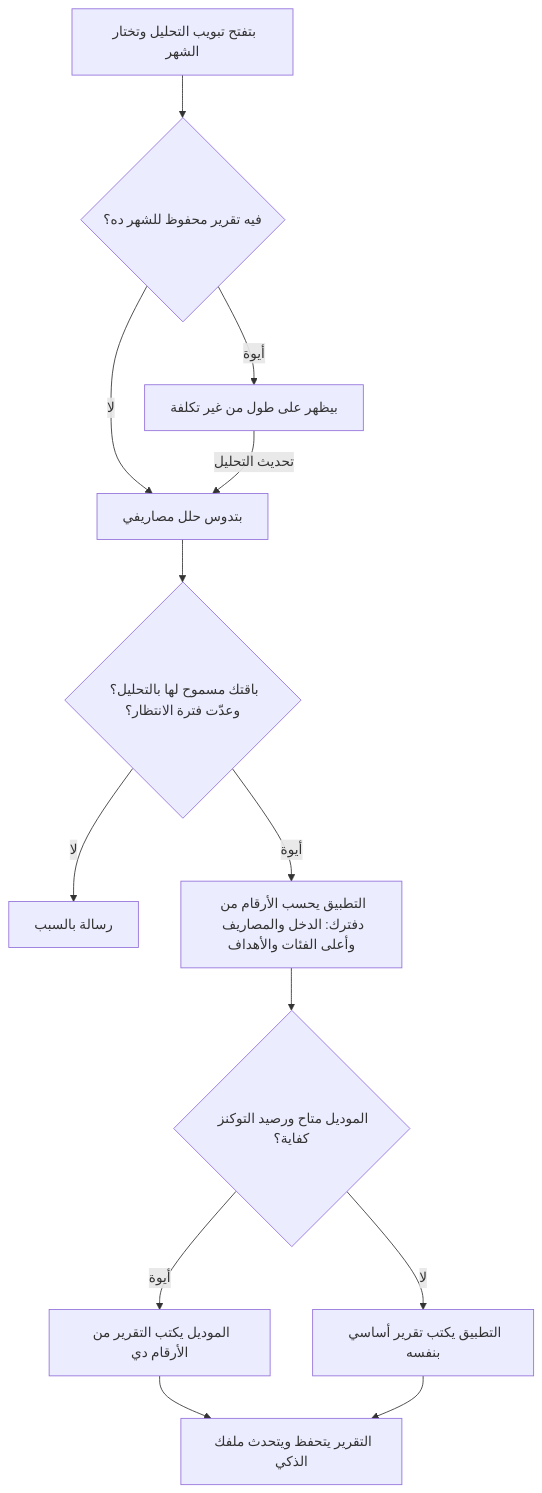
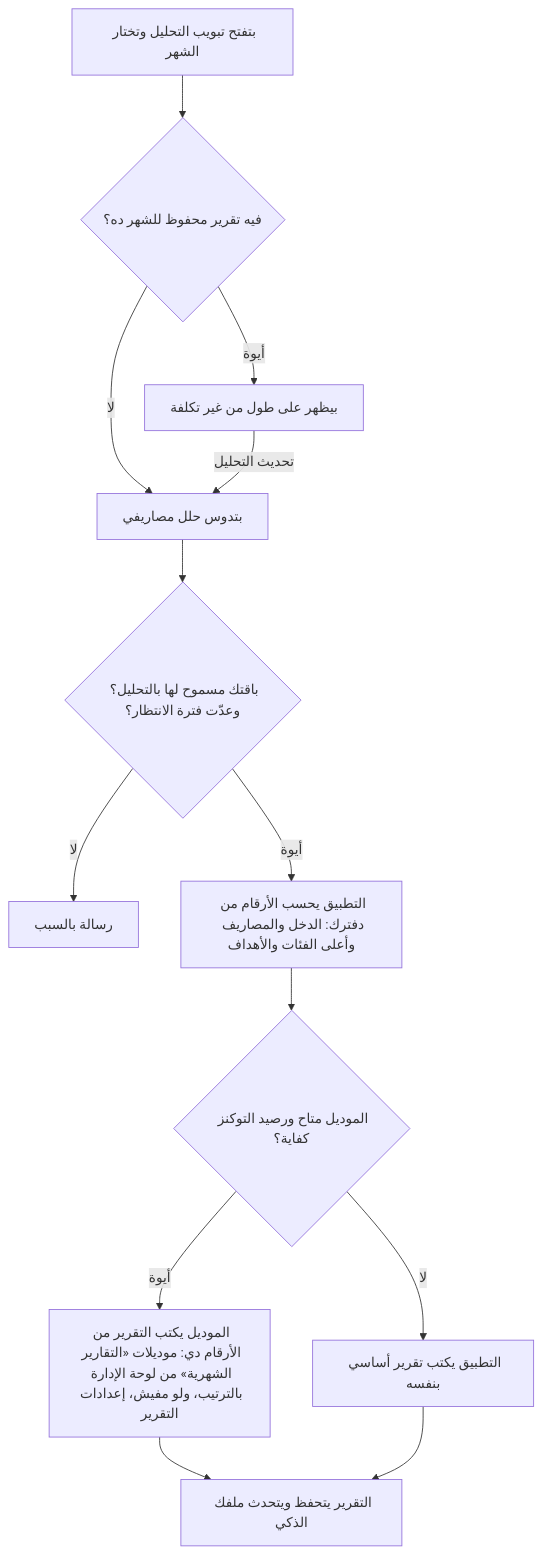
One commit to mahmoudtaherr111/smartspend_mini_all changed the diagram in docs/ar/systems/insights.md. Above: the diagram before and after it, drawn with Mermaid. The commit also changed 53 other files, not shown here.

````diff
--- a/docs/ar/systems/insights.md
+++ b/docs/ar/systems/insights.md
@@ -17,15 +17,15 @@
 ```mermaid
 flowchart TD
   A["بتفتح تبويب التحليل وتختار الشهر"] --> B{"فيه تقرير محفوظ للشهر ده؟"}
   B -->|"أيوة"| C["بيظهر على طول من غير تكلفة"]
   B -->|"لا"| D["بتدوس حلل مصاريفي"]
   C -->|"تحديث التحليل"| D
   D --> E{"باقتك مسموح لها بالتحليل؟ وعدّت فترة الانتظار؟"}
   E -->|"لا"| F["رسالة بالسبب"]
   E -->|"أيوة"| G["التطبيق يحسب الأرقام من دفترك: الدخل والمصاريف وأعلى الفئات والأهداف"]
   G --> H{"الموديل متاح ورصيد التوكنز كفاية؟"}
-  H -->|"أيوة"| I["الموديل يكتب التقرير من الأرقام دي"]
+  H -->|"أيوة"| I["الموديل يكتب التقرير من الأرقام دي: موديلات «التقارير الشهرية» من لوحة الإدارة بالترتيب، ولو مفيش، إعدادات التقرير"]
   H -->|"لا"| J["التطبيق يكتب تقرير أساسي بنفسه"]
   I --> K["التقرير يتحفظ ويتحدث ملفك الذكي"]
   J --> K
 ```
````
